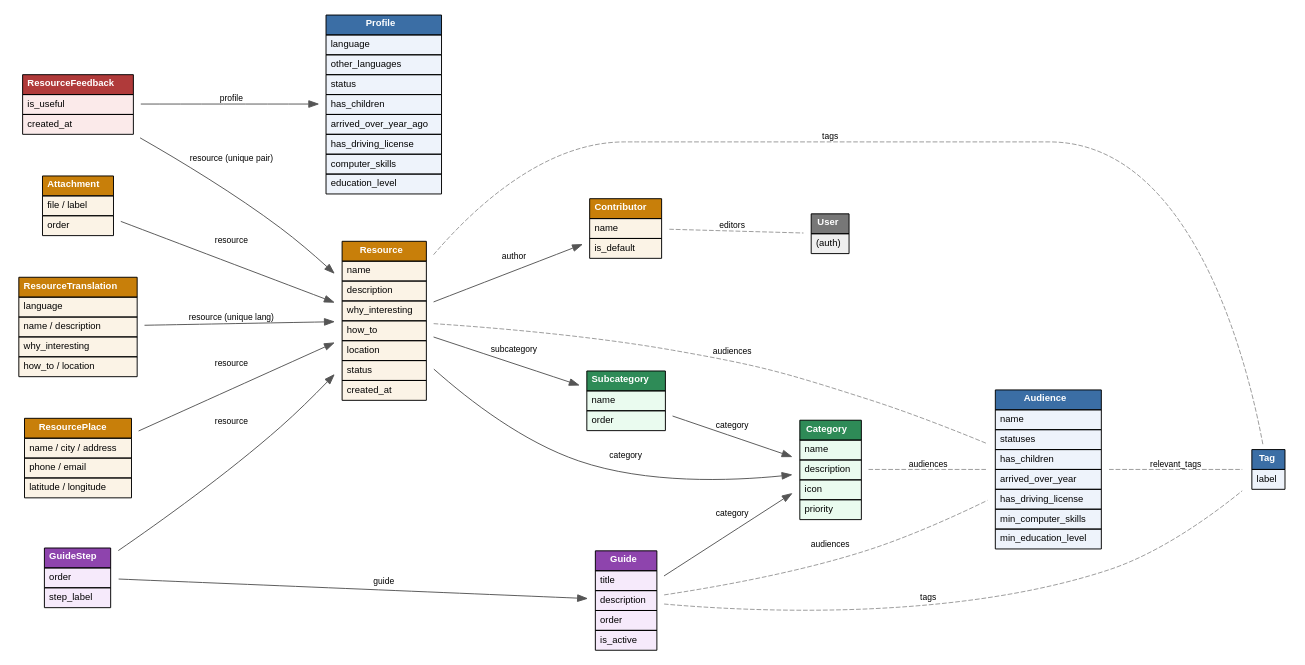
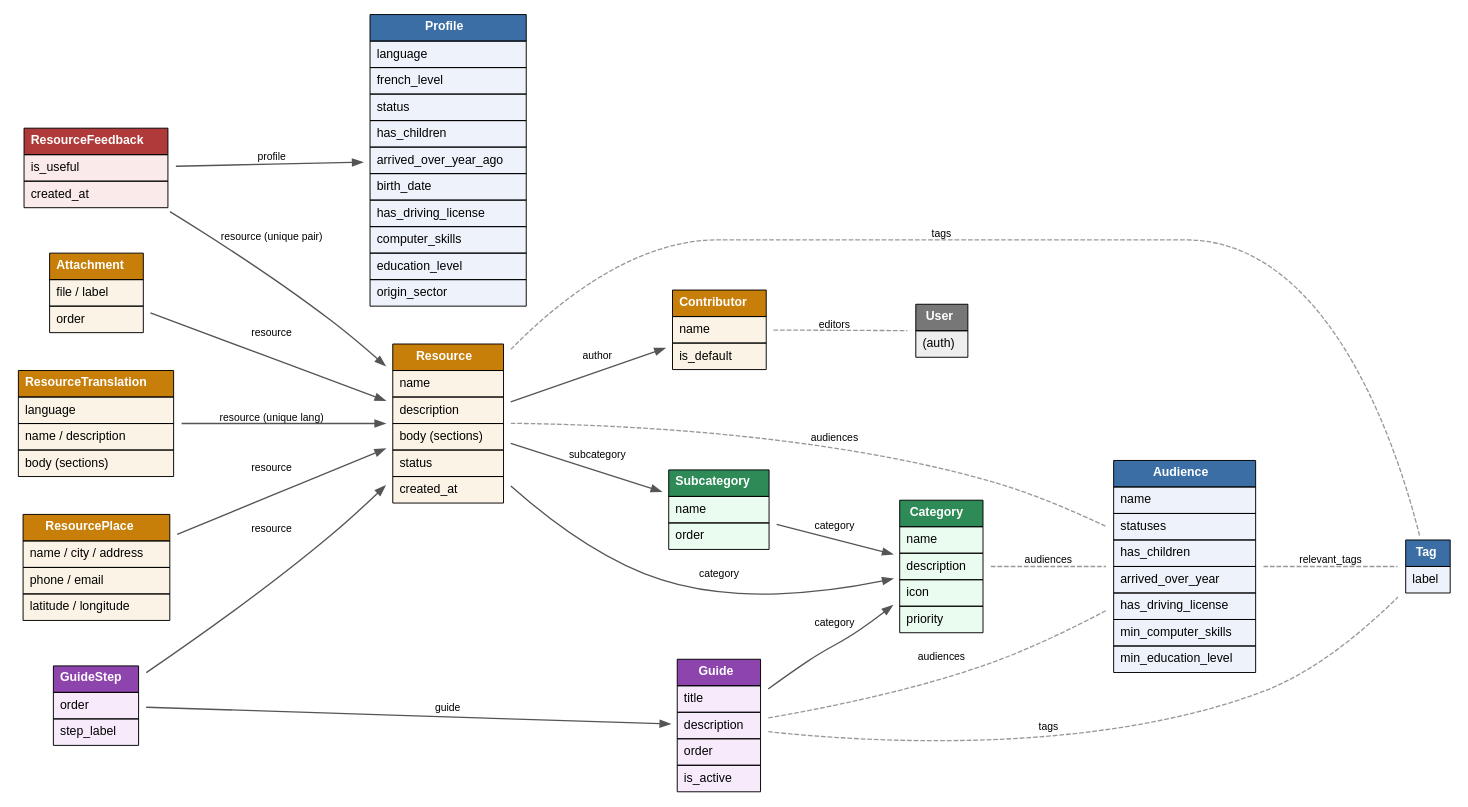
The diagram in backend/data_model.dot (eliasdinarica/PIN-Prototype), drawn with Graphviz before and after one commit. The commit also changed 42 other files, not shown here.

```diff
--- a/backend/data_model.dot
+++ b/backend/data_model.dot
@@ -1,159 +1,158 @@
 digraph data_model {
     rankdir=LR;
-    graph [fontname="Helvetica", fontsize=11, splines=true, nodesep=0.5, ranksep=1.1, bgcolor="white"];
-    node  [shape=plaintext, fontname="Helvetica", fontsize=10];
-    edge  [fontname="Helvetica", fontsize=9, color="#555555"];
+    graph [fontname="Helvetica", fontsize=13, splines=true, nodesep=0.45, ranksep=0.9, bgcolor="white"];
+    node  [shape=plaintext, fontname="Helvetica", fontsize=13];
+    edge  [fontname="Helvetica", fontsize=11, color="#555555", penwidth=1.4];
 
     /* ---------- Profil et ciblage ---------- */
 
     Profile [label=<
-        <table border="0" cellborder="1" cellspacing="0" cellpadding="4" bgcolor="#eef3fb">
+        <table border="0" cellborder="1" cellspacing="0" cellpadding="6" bgcolor="#eef3fb">
         <tr><td bgcolor="#3b6ea5"><font color="white"><b>Profile</b></font></td></tr>
         <tr><td align="left">language</td></tr>
-        <tr><td align="left">other_languages</td></tr>
+        <tr><td align="left">french_level</td></tr>
         <tr><td align="left">status</td></tr>
         <tr><td align="left">has_children</td></tr>
         <tr><td align="left">arrived_over_year_ago</td></tr>
+        <tr><td align="left">birth_date</td></tr>
         <tr><td align="left">has_driving_license</td></tr>
         <tr><td align="left">computer_skills</td></tr>
         <tr><td align="left">education_level</td></tr>
+        <tr><td align="left">origin_sector</td></tr>
         </table>>];
 
     Audience [label=<
-        <table border="0" cellborder="1" cellspacing="0" cellpadding="4" bgcolor="#eef3fb">
+        <table border="0" cellborder="1" cellspacing="0" cellpadding="6" bgcolor="#eef3fb">
         <tr><td bgcolor="#3b6ea5"><font color="white"><b>Audience</b></font></td></tr>
         <tr><td align="left">name</td></tr>
         <tr><td align="left">statuses</td></tr>
         <tr><td align="left">has_children</td></tr>
         <tr><td align="left">arrived_over_year</td></tr>
         <tr><td align="left">has_driving_license</td></tr>
         <tr><td align="left">min_computer_skills</td></tr>
         <tr><td align="left">min_education_level</td></tr>
         </table>>];
 
     Tag [label=<
-        <table border="0" cellborder="1" cellspacing="0" cellpadding="4" bgcolor="#eef3fb">
+        <table border="0" cellborder="1" cellspacing="0" cellpadding="6" bgcolor="#eef3fb">
         <tr><td bgcolor="#3b6ea5"><font color="white"><b>Tag</b></font></td></tr>
         <tr><td align="left">label</td></tr>
         </table>>];
 
     /* ---------- Taxonomie ---------- */
 
     Category [label=<
-        <table border="0" cellborder="1" cellspacing="0" cellpadding="4" bgcolor="#eafbef">
+        <table border="0" cellborder="1" cellspacing="0" cellpadding="6" bgcolor="#eafbef">
         <tr><td bgcolor="#2e8b57"><font color="white"><b>Category</b></font></td></tr>
         <tr><td align="left">name</td></tr>
         <tr><td align="left">description</td></tr>
         <tr><td align="left">icon</td></tr>
         <tr><td align="left">priority</td></tr>
         </table>>];
 
     Subcategory [label=<
-        <table border="0" cellborder="1" cellspacing="0" cellpadding="4" bgcolor="#eafbef">
+        <table border="0" cellborder="1" cellspacing="0" cellpadding="6" bgcolor="#eafbef">
         <tr><td bgcolor="#2e8b57"><font color="white"><b>Subcategory</b></font></td></tr>
         <tr><td align="left">name</td></tr>
         <tr><td align="left">order</td></tr>
         </table>>];
 
     /* ---------- Contenu ---------- */
 
     Resource [label=<
-        <table border="0" cellborder="1" cellspacing="0" cellpadding="4" bgcolor="#fbf3e6">
+        <table border="0" cellborder="1" cellspacing="0" cellpadding="6" bgcolor="#fbf3e6">
         <tr><td bgcolor="#c87f0a"><font color="white"><b>Resource</b></font></td></tr>
         <tr><td align="left">name</td></tr>
         <tr><td align="left">description</td></tr>
-        <tr><td align="left">why_interesting</td></tr>
-        <tr><td align="left">how_to</td></tr>
-        <tr><td align="left">location</td></tr>
+        <tr><td align="left">body (sections)</td></tr>
         <tr><td align="left">status</td></tr>
         <tr><td align="left">created_at</td></tr>
         </table>>];
 
     ResourceTranslation [label=<
-        <table border="0" cellborder="1" cellspacing="0" cellpadding="4" bgcolor="#fbf3e6">
+        <table border="0" cellborder="1" cellspacing="0" cellpadding="6" bgcolor="#fbf3e6">
         <tr><td bgcolor="#c87f0a"><font color="white"><b>ResourceTranslation</b></font></td></tr>
         <tr><td align="left">language</td></tr>
         <tr><td align="left">name / description</td></tr>
-        <tr><td align="left">why_interesting</td></tr>
-        <tr><td align="left">how_to / location</td></tr>
+        <tr><td align="left">body (sections)</td></tr>
         </table>>];
 
     ResourcePlace [label=<
-        <table border="0" cellborder="1" cellspacing="0" cellpadding="4" bgcolor="#fbf3e6">
+        <table border="0" cellborder="1" cellspacing="0" cellpadding="6" bgcolor="#fbf3e6">
         <tr><td bgcolor="#c87f0a"><font color="white"><b>ResourcePlace</b></font></td></tr>
         <tr><td align="left">name / city / address</td></tr>
         <tr><td align="left">phone / email</td></tr>
         <tr><td align="left">latitude / longitude</td></tr>
         </table>>];
 
     Attachment [label=<
-        <table border="0" cellborder="1" cellspacing="0" cellpadding="4" bgcolor="#fbf3e6">
+        <table border="0" cellborder="1" cellspacing="0" cellpadding="6" bgcolor="#fbf3e6">
         <tr><td bgcolor="#c87f0a"><font color="white"><b>Attachment</b></font></td></tr>
         <tr><td align="left">file / label</td></tr>
         <tr><td align="left">order</td></tr>
         </table>>];
 
     Contributor [label=<
-        <table border="0" cellborder="1" cellspacing="0" cellpadding="4" bgcolor="#fbf3e6">
+        <table border="0" cellborder="1" cellspacing="0" cellpadding="6" bgcolor="#fbf3e6">
         <tr><td bgcolor="#c87f0a"><font color="white"><b>Contributor</b></font></td></tr>
         <tr><td align="left">name</td></tr>
         <tr><td align="left">is_default</td></tr>
         </table>>];
 
     /* ---------- Guides ---------- */
 
     Guide [label=<
-        <table border="0" cellborder="1" cellspacing="0" cellpadding="4" bgcolor="#f6eafb">
+        <table border="0" cellborder="1" cellspacing="0" cellpadding="6" bgcolor="#f6eafb">
         <tr><td bgcolor="#8e44ad"><font color="white"><b>Guide</b></font></td></tr>
         <tr><td align="left">title</td></tr>
         <tr><td align="left">description</td></tr>
         <tr><td align="left">order</td></tr>
         <tr><td align="left">is_active</td></tr>
         </table>>];
 
     GuideStep [label=<
-        <table border="0" cellborder="1" cellspacing="0" cellpadding="4" bgcolor="#f6eafb">
+        <table border="0" cellborder="1" cellspacing="0" cellpadding="6" bgcolor="#f6eafb">
         <tr><td bgcolor="#8e44ad"><font color="white"><b>GuideStep</b></font></td></tr>
         <tr><td align="left">order</td></tr>
         <tr><td align="left">step_label</td></tr>
         </table>>];
 
     /* ---------- Retours ---------- */
 
     ResourceFeedback [label=<
-        <table border="0" cellborder="1" cellspacing="0" cellpadding="4" bgcolor="#fbeaea">
+        <table border="0" cellborder="1" cellspacing="0" cellpadding="6" bgcolor="#fbeaea">
         <tr><td bgcolor="#b03a3a"><font color="white"><b>ResourceFeedback</b></font></td></tr>
         <tr><td align="left">is_useful</td></tr>
         <tr><td align="left">created_at</td></tr>
         </table>>];
 
     User [label=<
-        <table border="0" cellborder="1" cellspacing="0" cellpadding="4" bgcolor="#eeeeee">
+        <table border="0" cellborder="1" cellspacing="0" cellpadding="6" bgcolor="#eeeeee">
         <tr><td bgcolor="#777777"><font color="white"><b>User</b></font></td></tr>
         <tr><td align="left">(auth)</td></tr>
         </table>>];
 
     /* ---------- Relations (FK = trait plein, M2M = pointillé) ---------- */
 
     Subcategory       -> Category   [label="category", arrowhead=normal];
     Resource          -> Category   [label="category"];
     Resource          -> Subcategory[label="subcategory"];
     Resource          -> Contributor[label="author"];
     ResourcePlace     -> Resource   [label="resource"];
     Attachment        -> Resource   [label="resource"];
     ResourceTranslation -> Resource [label="resource (unique lang)"];
     GuideStep         -> Guide      [label="guide"];
     GuideStep         -> Resource   [label="resource"];
     Guide             -> Category   [label="category"];
     ResourceFeedback  -> Profile    [label="profile"];
     ResourceFeedback  -> Resource   [label="resource (unique pair)"];
 
-    edge [style=dashed, color="#999999", arrowhead=none];
+    edge [style=dashed, color="#999999", arrowhead=none, penwidth=1.4];
     Category  -> Audience [label="audiences"];
     Resource  -> Audience [label="audiences"];
     Resource  -> Tag      [label="tags"];
     Guide     -> Audience [label="audiences"];
     Guide     -> Tag      [label="tags"];
     Audience  -> Tag      [label="relevant_tags"];
     Contributor -> User   [label="editors"];
 }
```
